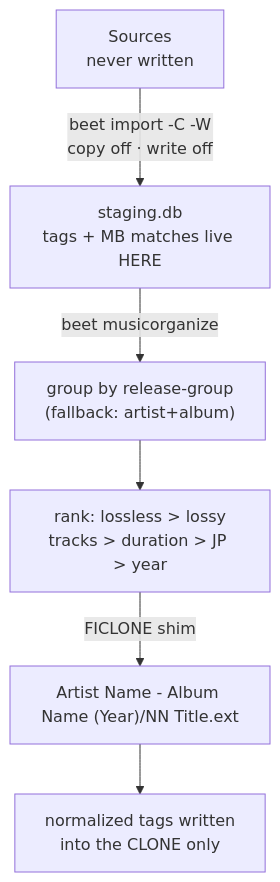
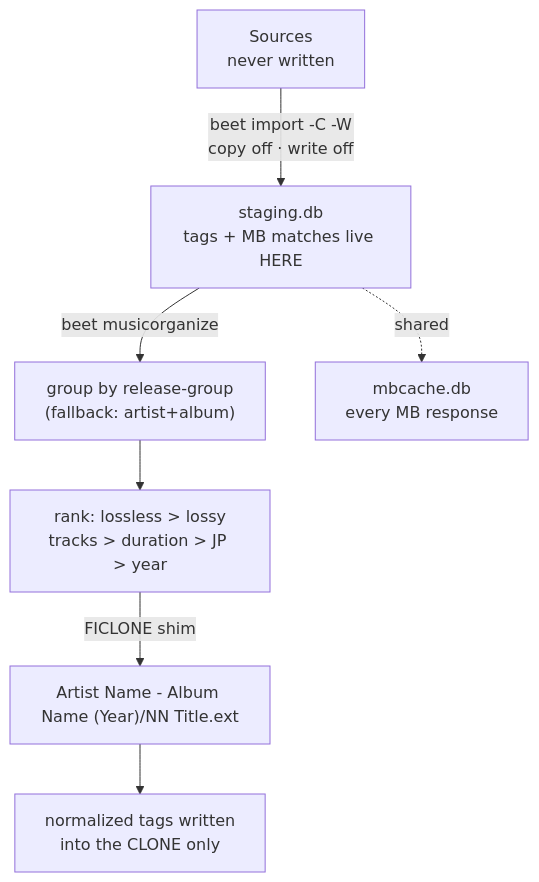
The diagram in music-organizer/README.md (matchaxnb/sloppy-code), drawn with Mermaid before and after one commit. The commit also changed other lines of this file, not shown here.

````diff
--- a/music-organizer/README.md
+++ b/music-organizer/README.md
@@ -25,8 +25,9 @@
 ```mermaid
 flowchart TD
   A["Sources<br/>never written"] -->|"beet import -C -W<br/>copy off · write off"| B["staging.db<br/>tags + MB matches live HERE"]
   B -->|"beet musicorganize"| C["group by release-group<br/>(fallback: artist+album)"]
   C --> D["rank: lossless > lossy<br/>tracks > duration > JP > year"]
   D -->|"FICLONE shim"| E["Artist Name - Album Name (Year)/NN Title.ext"]
   E --> F["normalized tags written<br/>into the CLONE only"]
+  B -.->|"shared"| G["mbcache.db<br/>every MB response"]
 ```
````
